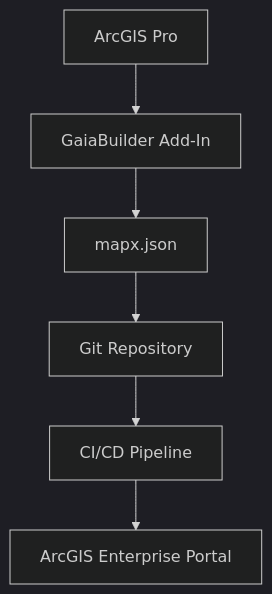
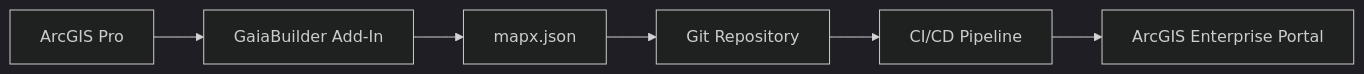
The diagram in Configuration_examples/Publishing a map service/README.md (merkator-software/GaiaBuilder-manual), drawn with Mermaid (dark theme) before and after one commit.

````diff
--- a/Configuration_examples/Publishing a map service/README.md
+++ b/Configuration_examples/Publishing a map service/README.md
@@ -16,15 +16,15 @@
 ```mermaid
-graph TD
+graph LR
   pro[ArcGIS Pro]
   addon[GaiaBuilder Add-In]
   mapx[mapx.json]
   git[Git Repository]
   pipeline[CI/CD Pipeline]
   portal[ArcGIS Enterprise Portal]
 
   pro --> addon
   addon --> mapx
   mapx --> git
   git --> pipeline
   pipeline --> portal
 ```
````
